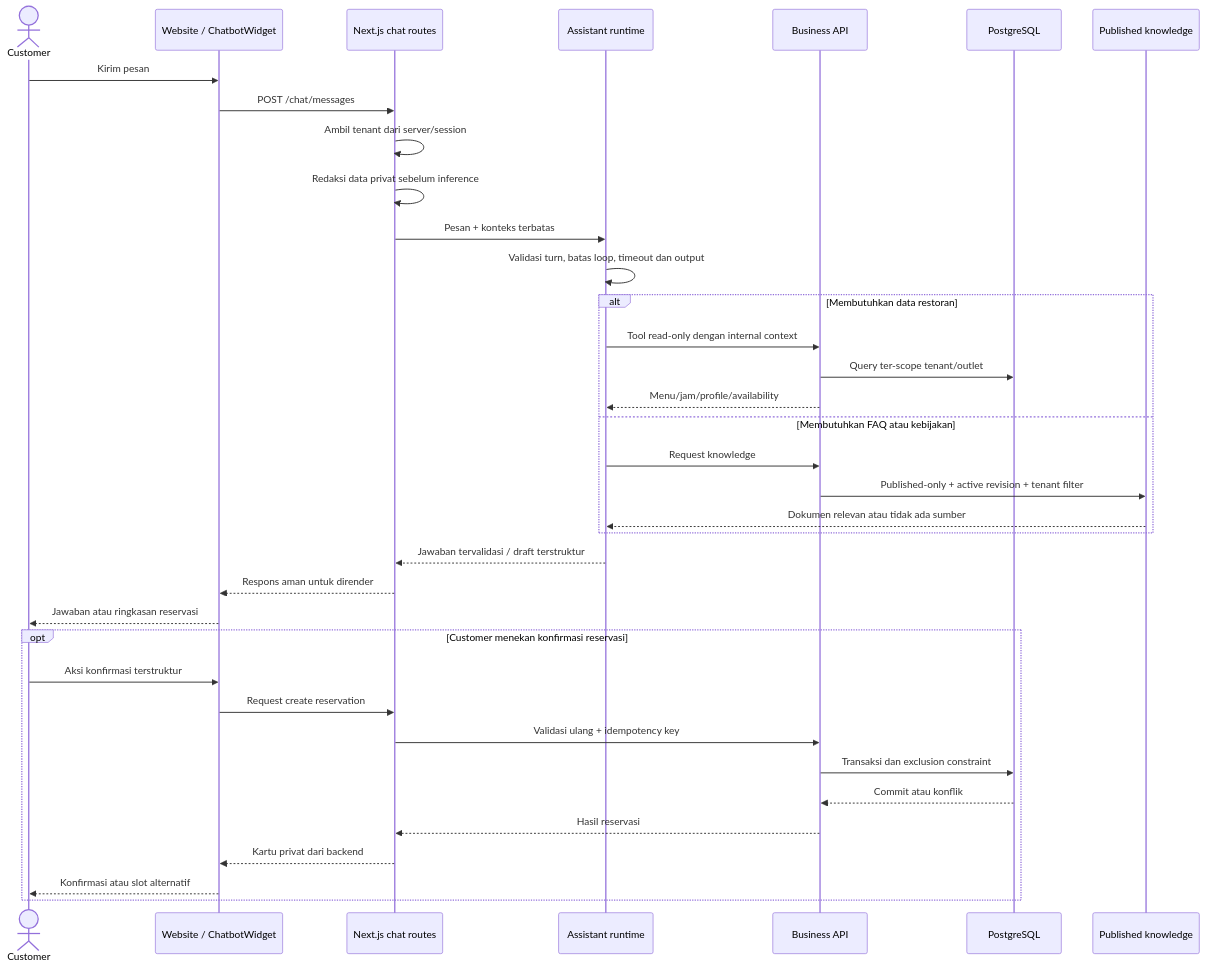
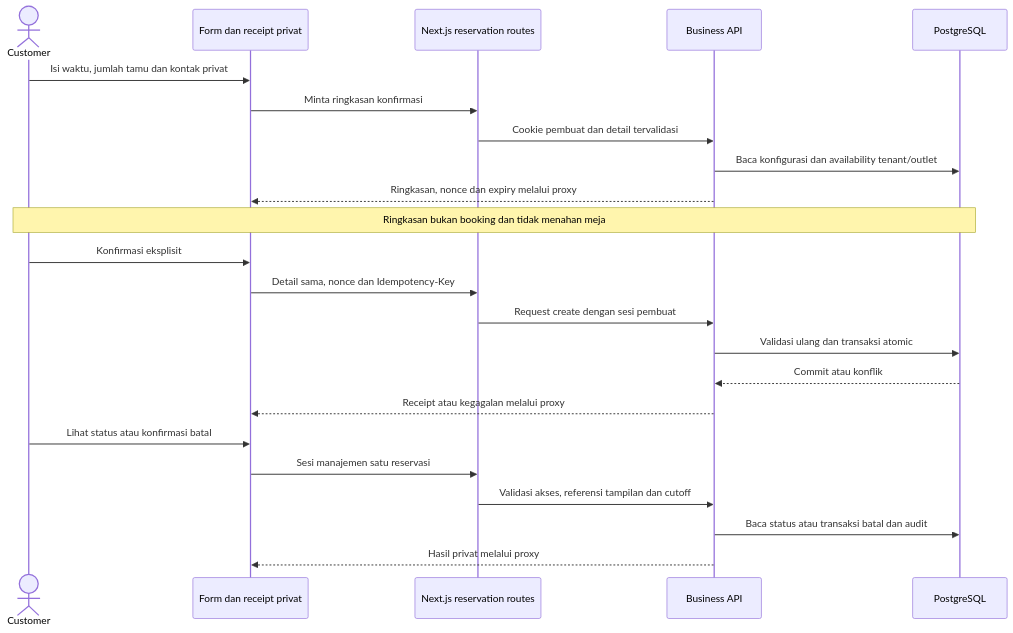
One commit to wisnufadhillah/Restaurant-Mulit-Tenant changed the second of 2 diagrams in CHATBOT-FLOW.md. Above: the diagram before and after it, drawn with Mermaid. The commit also changed other lines of this file and 42 other files, not shown here.

Commit message:
feat: add tenant-scoped FAQ retrieval and conversational source answers

````diff
--- a/CHATBOT-FLOW.md
+++ b/CHATBOT-FLOW.md
@@ -44,42 +34,26 @@
 ```mermaid
 sequenceDiagram
     actor C as Customer
-    participant W as Website / ChatbotWidget
-    participant G as Next.js chat routes
-    participant A as Assistant runtime
+    participant W as Form dan receipt privat
+    participant P as Next.js reservation routes
     participant B as Business API
     participant DB as PostgreSQL
-    participant K as Published knowledge
 
-    C->>W: Kirim pesan
-    W->>G: POST /chat/messages
-    G->>G: Ambil tenant dari server/session
-    G->>G: Redaksi data privat sebelum inference
-    G->>A: Pesan + konteks terbatas
-    A->>A: Validasi turn, batas loop, timeout dan output
-
-    alt Membutuhkan data restoran
-        A->>B: Tool read-only dengan internal context
-        B->>DB: Query ter-scope tenant/outlet
-        B-->>A: Menu/jam/profile/availability
-    else Membutuhkan FAQ atau kebijakan
-        A->>B: Request knowledge
-        B->>K: Published-only + active revision + tenant filter
-        K-->>A: Dokumen relevan atau tidak ada sumber
-    end
-
-    A-->>G: Jawaban tervalidasi / draft terstruktur
-    G-->>W: Respons aman untuk dirender
-    W-->>C: Jawaban atau ringkasan reservasi
-
-    opt Customer menekan konfirmasi reservasi
-        C->>W: Aksi konfirmasi terstruktur
-        W->>G: Request create reservation
-        G->>B: Validasi ulang + idempotency key
-        B->>DB: Transaksi dan exclusion constraint
-        DB-->>B: Commit atau konflik
-        B-->>G: Hasil reservasi
-        G-->>W: Kartu privat dari backend
-        W-->>C: Konfirmasi atau slot alternatif
-    end
+    C->>W: Isi waktu, jumlah tamu dan kontak privat
+    W->>P: Minta ringkasan konfirmasi
+    P->>B: Cookie pembuat dan detail tervalidasi
+    B->>DB: Baca konfigurasi dan availability tenant/outlet
+    B-->>W: Ringkasan, nonce dan expiry melalui proxy
+    Note over C,DB: Ringkasan bukan booking dan tidak menahan meja
+    C->>W: Konfirmasi eksplisit
+    W->>P: Detail sama, nonce dan Idempotency-Key
+    P->>B: Request create dengan sesi pembuat
+    B->>DB: Validasi ulang dan transaksi atomic
+    DB-->>B: Commit atau konflik
+    B-->>W: Receipt atau kegagalan melalui proxy
+    C->>W: Lihat status atau konfirmasi batal
+    W->>P: Sesi manajemen satu reservasi
+    P->>B: Validasi akses, referensi tampilan dan cutoff
+    B->>DB: Baca status atau transaksi batal dan audit
+    B-->>W: Hasil privat melalui proxy
 ```
````
